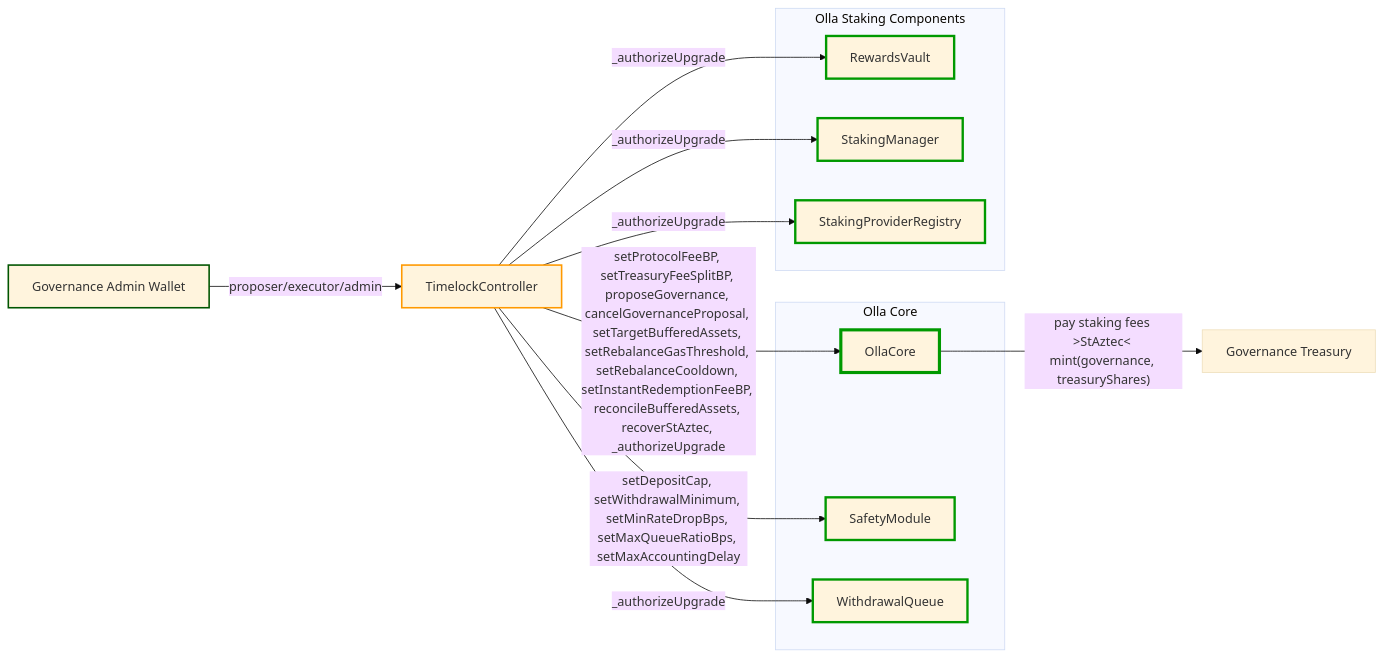
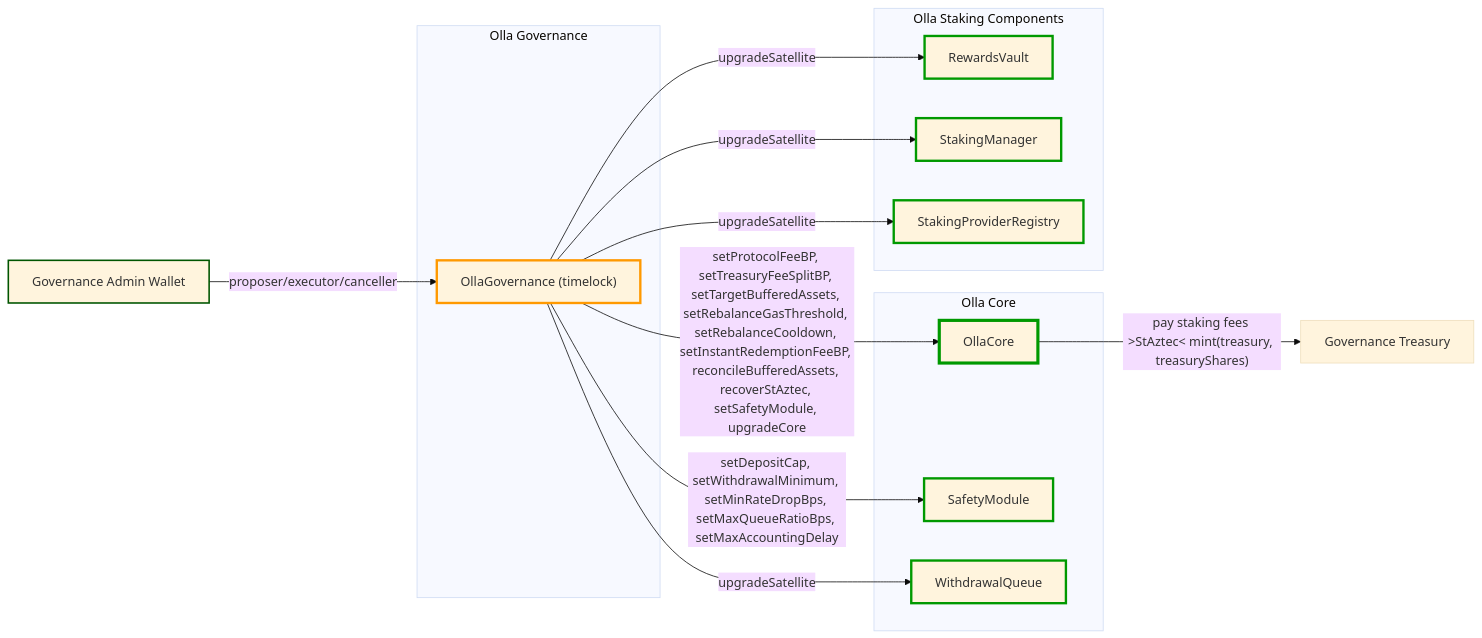
The eighth of 8 diagrams in docs/overview.md (ollafinance/core), drawn with Mermaid (base theme) before and after one commit. The commit also changed other lines of this file and 59 other files, not shown here.

First line of the commit message:
improvement: extract governance into dedicated OllaGovernance contract with timelock (#301)

````diff
--- a/docs/overview.md
+++ b/docs/overview.md
@@ -328,38 +346,41 @@
 ```mermaid
 flowchart LR
 
 governanceAdminWallet[Governance Admin Wallet]
 treasury[Governance Treasury]
-timelock[TimelockController]
 
-governanceAdminWallet -->|"proposer/executor/admin"| timelock
+subgraph "Olla Governance"
+    ollaGov["OllaGovernance (timelock)"]
+end
+
+governanceAdminWallet -->|"proposer/executor/canceller"| ollaGov
 
 subgraph "Olla Core"
     core[OllaCore]
     safety[SafetyModule]
     withdrawQ[WithdrawalQueue]
 end
 subgraph "Olla Staking Components"
     rewards[RewardsVault]
     stkMan[StakingManager]
     spr[StakingProviderRegistry]
 end
 
-timelock -->|"setProtocolFeeBP, setTreasuryFeeSplitBP, proposeGovernance, cancelGovernanceProposal, setTargetBufferedAssets, setRebalanceGasThreshold, setRebalanceCooldown, setInstantRedemptionFeeBP, reconcileBufferedAssets, recoverStAztec, _authorizeUpgrade"| core
-timelock -->|"setDepositCap, setWithdrawalMinimum, setMinRateDropBps, setMaxQueueRatioBps, setMaxAccountingDelay"| safety
-timelock -->|"_authorizeUpgrade"| withdrawQ
-timelock -->|"_authorizeUpgrade"| rewards
-timelock -->|"_authorizeUpgrade"| stkMan
-timelock -->|"_authorizeUpgrade"| spr
+ollaGov -->|"setProtocolFeeBP, setTreasuryFeeSplitBP, setTargetBufferedAssets, setRebalanceGasThreshold, setRebalanceCooldown, setInstantRedemptionFeeBP, reconcileBufferedAssets, recoverStAztec, setSafetyModule, upgradeCore"| core
+ollaGov -->|"setDepositCap, setWithdrawalMinimum, setMinRateDropBps, setMaxQueueRatioBps, setMaxAccountingDelay"| safety
+ollaGov -->|"upgradeSatellite"| withdrawQ
+ollaGov -->|"upgradeSatellite"| rewards
+ollaGov -->|"upgradeSatellite"| stkMan
+ollaGov -->|"upgradeSatellite"| spr
 
-core -->|"pay staking fees >StAztec< mint(governance, treasuryShares)"| treasury
+core -->|"pay staking fees >StAztec< mint(treasury, treasuryShares)"| treasury
 
 style governanceAdminWallet stroke:#050,stroke-width:2px
-style timelock stroke:#f90,stroke-width:2px
+style ollaGov stroke:#f90,stroke-width:3px
 style core stroke:#090,stroke-width:4px
 style safety stroke:#090,stroke-width:3px
 style rewards stroke:#090,stroke-width:3px
 style stkMan stroke:#090,stroke-width:3px
 style spr stroke:#090,stroke-width:3px
 style withdrawQ stroke:#090,stroke-width:3px
 ```
````
